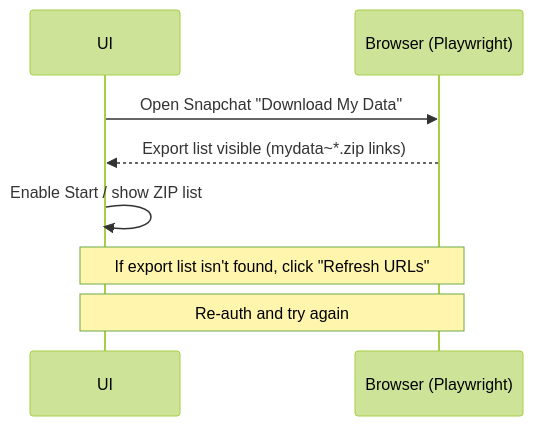
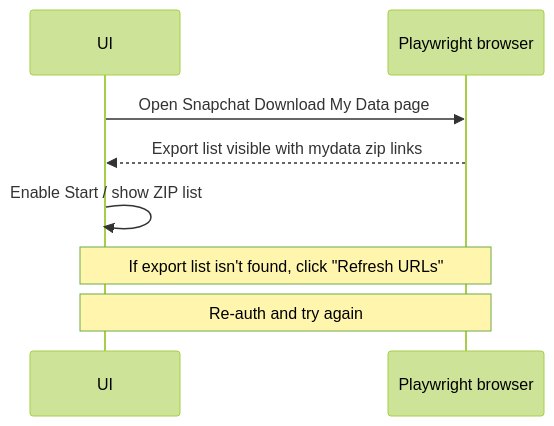
The third of 3 diagrams in README.md (Metaheurist/SnapMem), drawn with Mermaid (forest theme) before and after one commit.

Commit message:
docs: simplify sequence diagram labels for Mermaid on GitHub
Made-with: Cursor

````diff
--- a/README.md
+++ b/README.md
@@ -97,10 +97,10 @@
 ```mermaid
 sequenceDiagram
   participant UI as UI
-  participant Browser as Browser (Playwright)
-  UI->>Browser: Open Snapchat "Download My Data"
-  Browser-->>UI: Export list visible (mydata~*.zip links)
+  participant Browser as Playwright browser
+  UI->>Browser: Open Snapchat Download My Data page
+  Browser-->>UI: Export list visible with mydata zip links
   UI->>UI: Enable Start / show ZIP list
   Note over UI,Browser: If export list isn't found, click "Refresh URLs"
   Note over UI,Browser: Re-auth and try again
 ```
````
